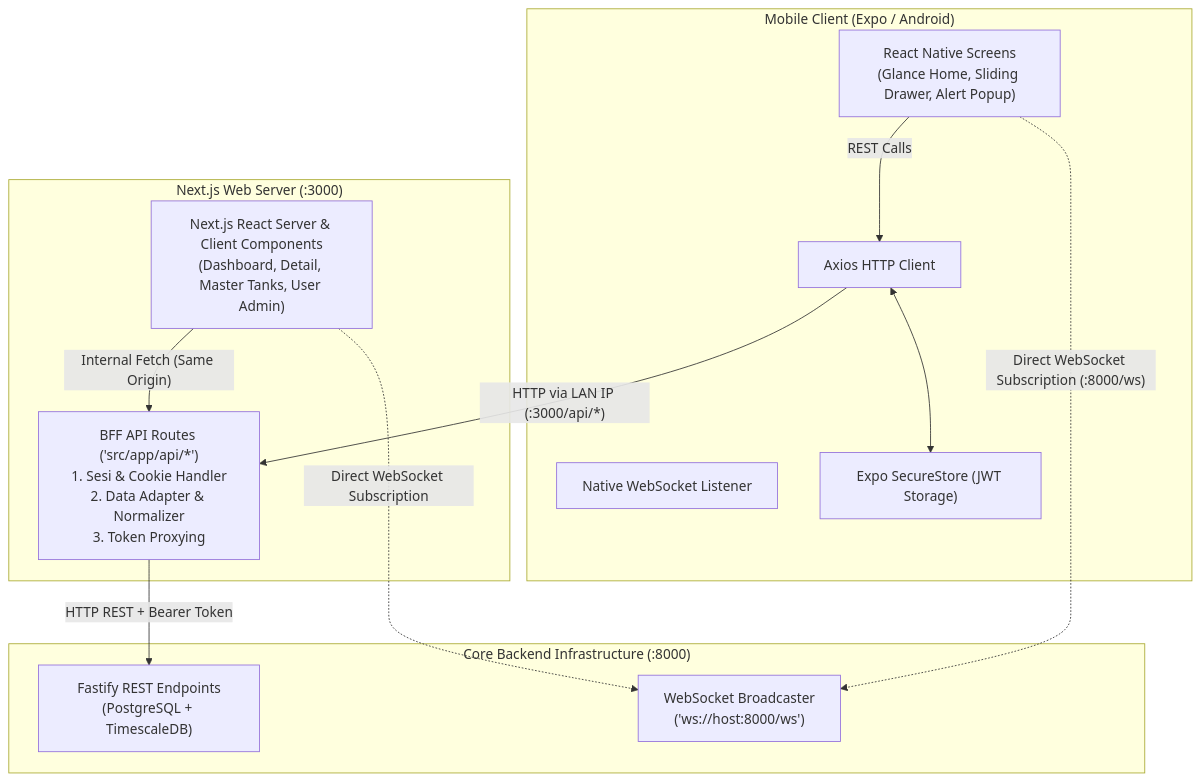
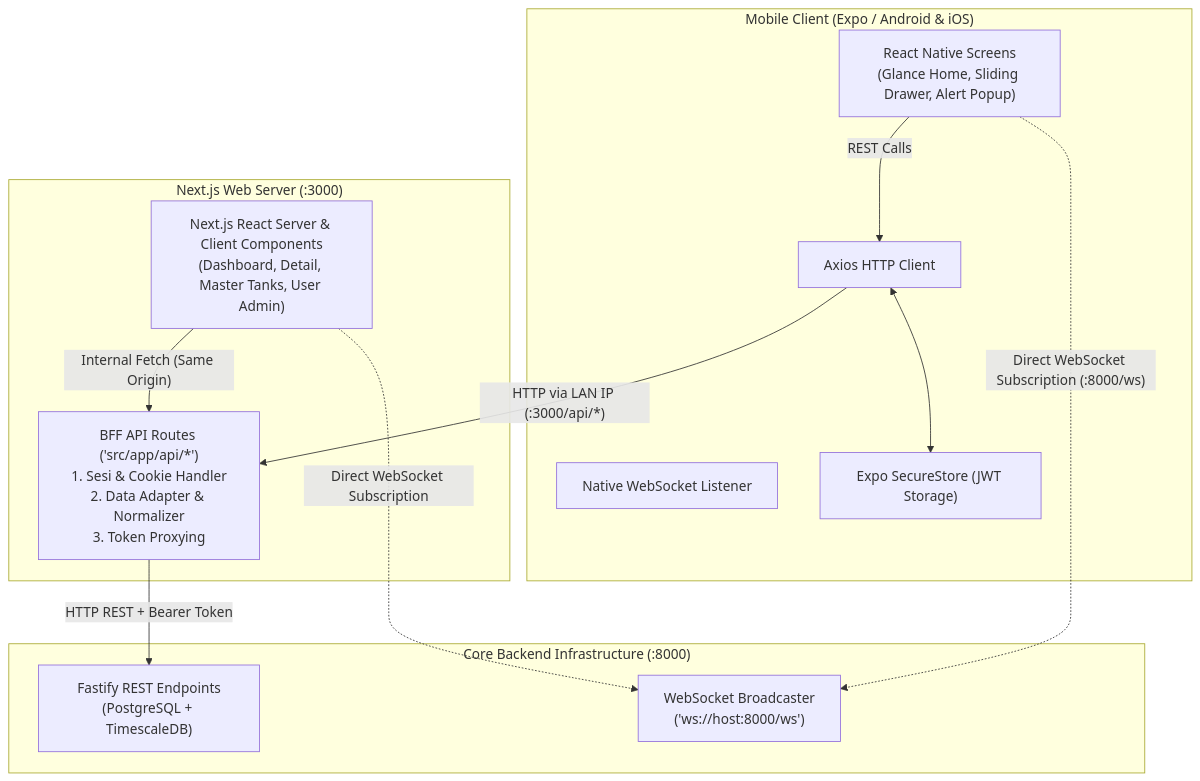
The first of 4 diagrams in docs/PRD-MFE.md (PMLD-RSA/frontend-mobile-rsa-ugm), drawn with Mermaid before and after one commit. The commit also changed other lines of this file and 2 other files, not shown here.

Commit message:
docs(sync): synchronize README, PRD-Mobile, and PRD-MFE with current tech stack and multi-stage CI

````diff
--- a/docs/PRD-MFE.md
+++ b/docs/PRD-MFE.md
@@ -81,30 +85,30 @@
 ```mermaid
 flowchart TD
     subgraph CoreBE["Core Backend Infrastructure (:8000)"]
         FastifyAPI["Fastify REST Endpoints\n(PostgreSQL + TimescaleDB)"]
         FastifyWS["WebSocket Broadcaster\n('ws://host:8000/ws')"]
     end
 
     subgraph BFF["Next.js Web Server (:3000)"]
         BFFRoutes["BFF API Routes ('src/app/api/*')\n1. Sesi & Cookie Handler\n2. Data Adapter & Normalizer\n3. Token Proxying"]
         WebPages["Next.js React Server & Client Components\n(Dashboard, Detail, Master Tanks, User Admin)"]
     end
 
-    subgraph MobileClient["Mobile Client (Expo / Android)"]
+    subgraph MobileClient["Mobile Client (Expo / Android & iOS)"]
         MobileScreens["React Native Screens\n(Glance Home, Sliding Drawer, Alert Popup)"]
         AxiosClient["Axios HTTP Client"]
         MobileWS["Native WebSocket Listener"]
         SecureStore["Expo SecureStore (JWT Storage)"]
     end
 
     %% Web Connections
     WebPages -- "Internal Fetch (Same Origin)" --> BFFRoutes
     BFFRoutes -- "HTTP REST + Bearer Token" --> FastifyAPI
     WebPages -. "Direct WebSocket Subscription" .-> FastifyWS
 
     %% Mobile Connections
     MobileScreens -- "REST Calls" --> AxiosClient
     AxiosClient -- "HTTP via LAN IP (:3000/api/*)" --> BFFRoutes
     MobileScreens -. "Direct WebSocket Subscription (:8000/ws)" .-> FastifyWS
     AxiosClient <--> SecureStore
 ```
````
